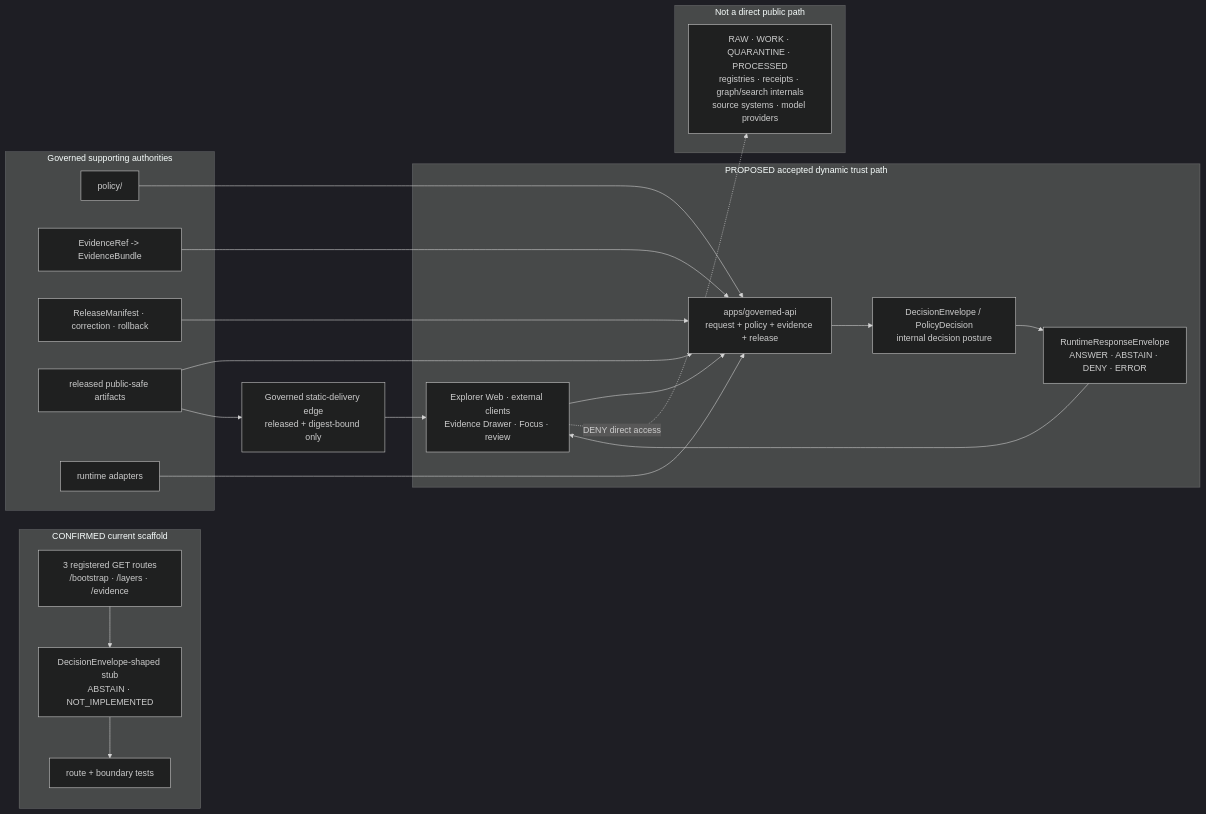
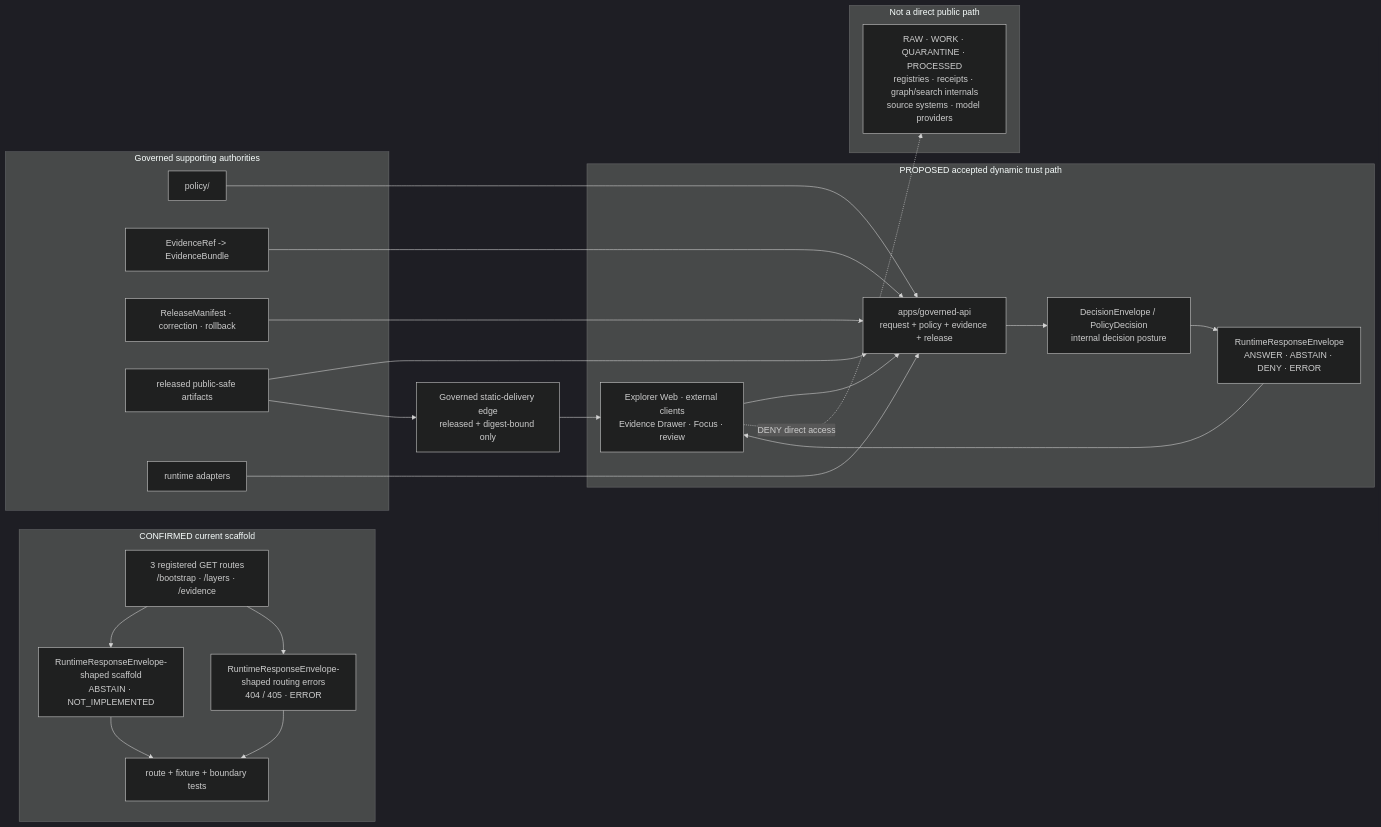
The diagram in docs/adr/ADR-0004-apps-governed-api-is-the-trust-membrane.md (bartytime4life/Kansas-Frontier-Matrix), drawn with Mermaid (dark theme) before and after one commit. The commit also changed other lines of this file, not shown here.

````diff
--- a/docs/adr/ADR-0004-apps-governed-api-is-the-trust-membrane.md
+++ b/docs/adr/ADR-0004-apps-governed-api-is-the-trust-membrane.md
@@ -292,42 +301,44 @@
 ```mermaid
 flowchart LR
     subgraph Current["CONFIRMED current scaffold"]
         REG["3 registered GET routes<br/>/bootstrap · /layers · /evidence"]
-        STUB["DecisionEnvelope-shaped stub<br/>ABSTAIN · NOT_IMPLEMENTED"]
-        TESTS["route + boundary tests"]
+        STUB["RuntimeResponseEnvelope-shaped scaffold<br/>ABSTAIN · NOT_IMPLEMENTED"]
+        ERRORS["RuntimeResponseEnvelope-shaped routing errors<br/>404 / 405 · ERROR"]
+        TESTS["route + fixture + boundary tests"]
         REG --> STUB --> TESTS
+        REG --> ERRORS --> TESTS
     end
 
     subgraph Target["PROPOSED accepted dynamic trust path"]
         CLIENTS["Explorer Web · external clients<br/>Evidence Drawer · Focus · review"]
         API["apps/governed-api<br/>request + policy + evidence + release"]
         DECISION["DecisionEnvelope / PolicyDecision<br/>internal decision posture"]
         RESPONSE["RuntimeResponseEnvelope<br/>ANSWER · ABSTAIN · DENY · ERROR"]
         CLIENTS --> API
         API --> DECISION
         DECISION --> RESPONSE
         RESPONSE --> CLIENTS
     end
 
     subgraph Governed["Governed supporting authorities"]
         POLICY["policy/"]
         EVIDENCE["EvidenceRef -> EvidenceBundle"]
         RELEASE["ReleaseManifest · correction · rollback"]
         PUBLISHED["released public-safe artifacts"]
         RUNTIME["runtime adapters"]
     end
 
     subgraph Denied["Not a direct public path"]
         INTERNAL["RAW · WORK · QUARANTINE · PROCESSED<br/>registries · receipts · graph/search internals<br/>source systems · model providers"]
     end
 
     POLICY --> API
     EVIDENCE --> API
     RELEASE --> API
     PUBLISHED --> API
     RUNTIME --> API
     CLIENTS -. "DENY direct access" .-> INTERNAL
 
     STATIC["Governed static-delivery edge<br/>released + digest-bound only"]
     PUBLISHED --> STATIC --> CLIENTS
 ```
````
